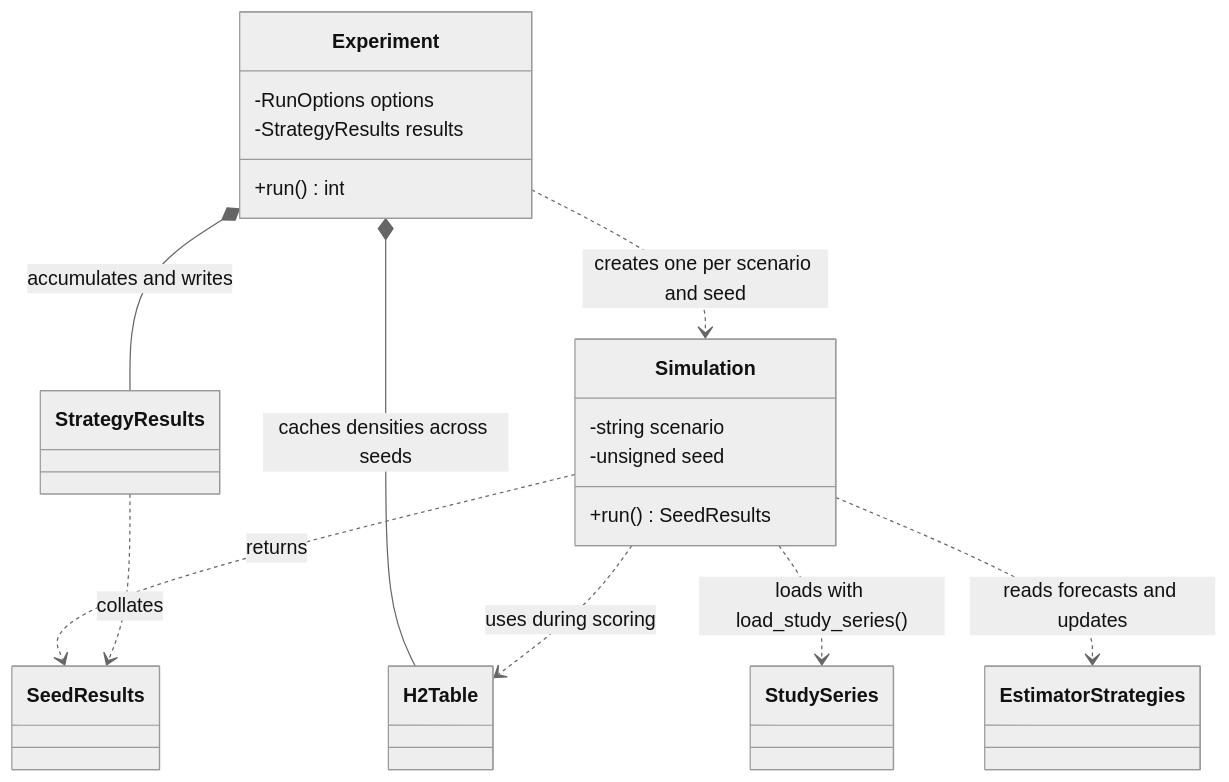
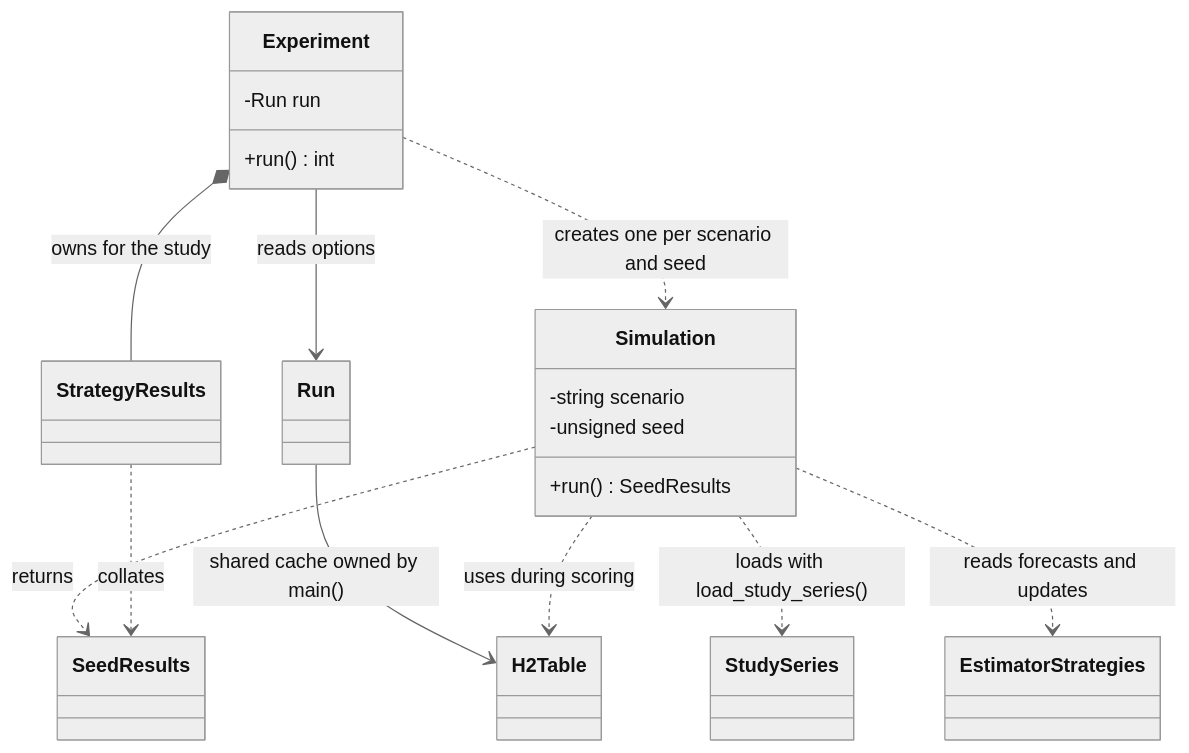
Before and after one commit to sallyysun/datastreamer: the first of 2 diagrams in experiments/docs/design/simulation.md, drawn with Mermaid (neutral theme). The commit also changed other lines of this file and 1 other file, not shown here.

Commit message:
Move the strategy outputs and cross-seed sums into StrategyResults; doc: H2Table stays in main()

````diff
--- a/experiments/docs/design/simulation.md
+++ b/experiments/docs/design/simulation.md
@@ -67,27 +68,28 @@
 ```mermaid
 classDiagram
     class Experiment {
-        -RunOptions options
-        -StrategyResults results
+        -Run run
         +run() int
     }
+    class Run
     class Simulation {
         -string scenario
         -unsigned seed
         +run() SeedResults
     }
     class SeedResults
     class StrategyResults
     class StudySeries
     class EstimatorStrategies
     class H2Table
 
-    Experiment *-- StrategyResults : accumulates and writes
-    Experiment *-- H2Table : caches densities across seeds
+    Experiment *-- StrategyResults : owns for the study
+    Experiment --> Run : reads options
+    Run --> H2Table : shared cache owned by main()
     Experiment ..> Simulation : creates one per scenario and seed
     Simulation ..> StudySeries : loads with load_study_series()
     Simulation ..> EstimatorStrategies : reads forecasts and updates
     Simulation ..> H2Table : uses during scoring
     Simulation ..> SeedResults : returns
     StrategyResults ..> SeedResults : collates
 ```
````
